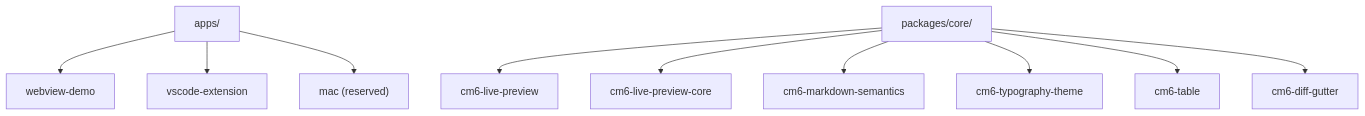
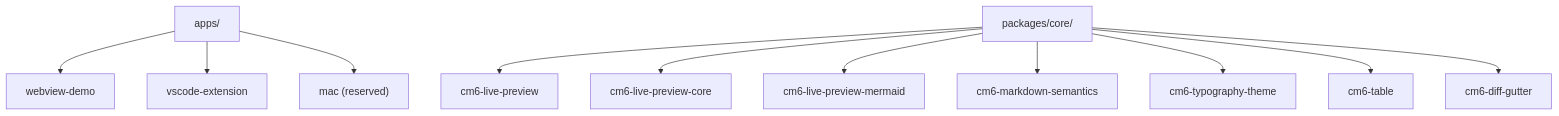
One commit to yuya296/MarkBloom changed the first of 3 diagrams in docs/architecture/overview.md. Above: the diagram before and after it, drawn with Mermaid. The commit also changed other lines of this file and 30 other files, not shown here.

First line of the commit message:
Mermaidライブプレビューを追加して表示不具合を修正

````diff
--- a/docs/architecture/overview.md
+++ b/docs/architecture/overview.md
@@ -18,13 +19,14 @@
 ```mermaid
 graph TD
   apps["apps/"] --> webviewDemo["webview-demo"]
   apps --> vscodeExtension["vscode-extension"]
   apps --> macReserved["mac (reserved)"]
 
   core["packages/core/"] --> livePreview["cm6-live-preview"]
   core --> livePreviewCore["cm6-live-preview-core"]
+  core --> livePreviewMermaid["cm6-live-preview-mermaid"]
   core --> markdownSemantics["cm6-markdown-semantics"]
   core --> typographyTheme["cm6-typography-theme"]
   core --> cm6Table["cm6-table"]
   core --> cm6DiffGutter["cm6-diff-gutter"]
 ```
````
